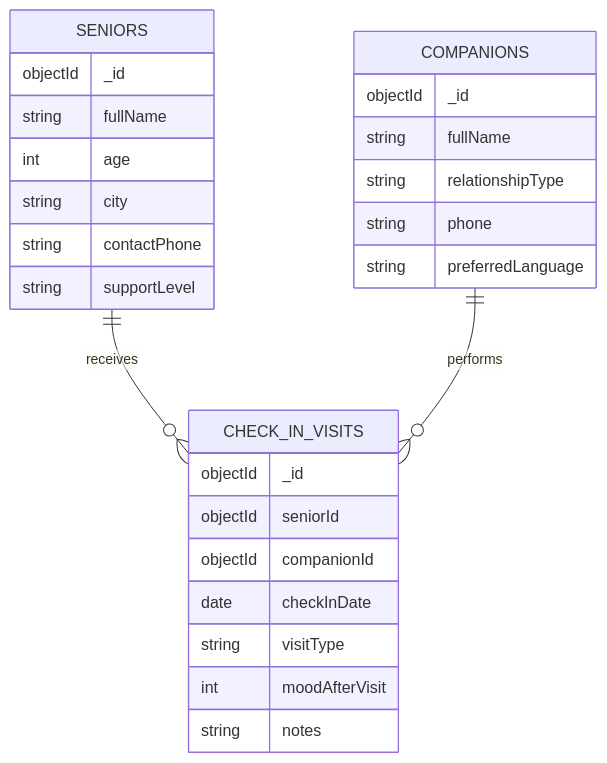
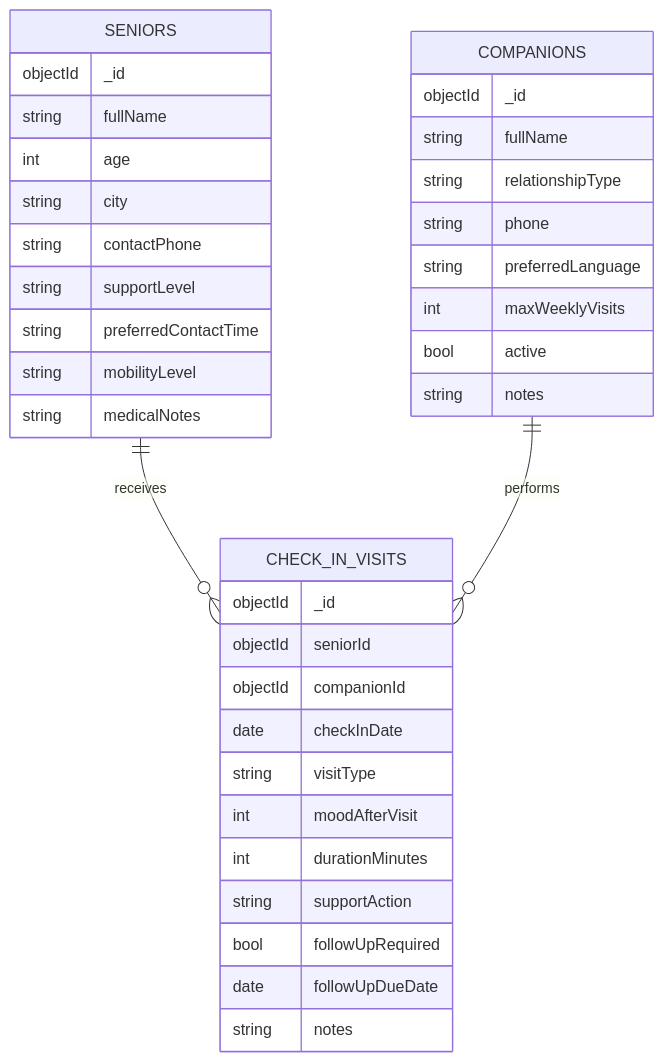
Before and after one commit to AMIN-MUNLA/AMIN-MUNLA: the diagram in docs/erd.md, drawn with Mermaid. The commit also changed other lines of this file and 3 other files, not shown here.

````diff
--- a/docs/erd.md
+++ b/docs/erd.md
@@ -3,29 +3,39 @@
 ```mermaid
 erDiagram
     SENIORS ||--o{ CHECK_IN_VISITS : receives
     COMPANIONS ||--o{ CHECK_IN_VISITS : performs
     SENIORS {
       objectId _id
       string fullName
       int age
       string city
       string contactPhone
       string supportLevel
+      string preferredContactTime
+      string mobilityLevel
+      string medicalNotes
     }
     COMPANIONS {
       objectId _id
       string fullName
       string relationshipType
       string phone
       string preferredLanguage
+      int maxWeeklyVisits
+      bool active
+      string notes
     }
     CHECK_IN_VISITS {
       objectId _id
       objectId seniorId
       objectId companionId
       date checkInDate
       string visitType
       int moodAfterVisit
+      int durationMinutes
+      string supportAction
+      bool followUpRequired
+      date followUpDueDate
       string notes
     }
 ```
````
